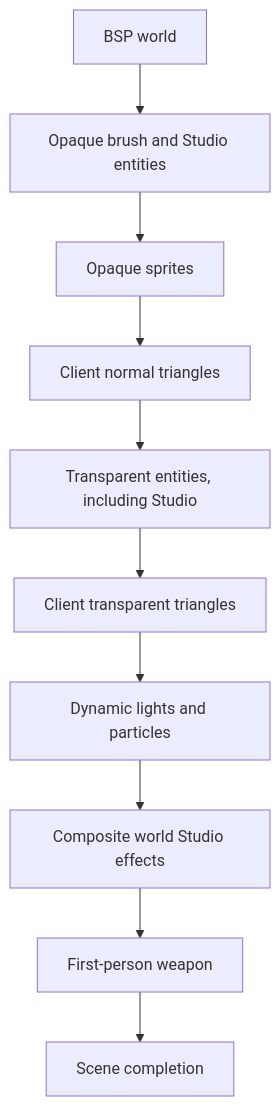
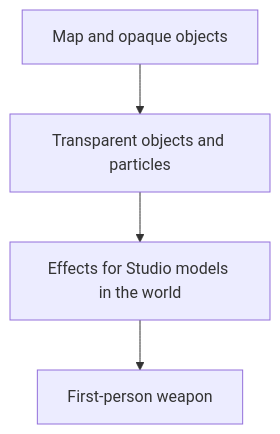
One commit to CS-NextClient/NextClient changed the second of 2 diagrams in docs/renderer-architecture.md. Above: the diagram before and after it, drawn with Mermaid. The commit also changed other lines of this file and 83 other files, not shown here.

Commit message:
reorganize architecture and developer documentation

````diff
--- a/docs/renderer-architecture.md
+++ b/docs/renderer-architecture.md
@@ -15,12 +35,11 @@
 ```mermaid
 flowchart TD
-    World["BSP world"] --> Opaque["Opaque brush and Studio entities"]
-    Opaque --> Sprites["Opaque sprites"]
-    Sprites --> Normal["Client normal triangles"]
-    Normal --> Transparent["Transparent entities, including Studio"]
-    Transparent --> Triangles["Client transparent triangles"]
-    Triangles --> Particles["Dynamic lights and particles"]
-    Particles --> Effects["Composite world Studio effects"]
-    Effects --> Weapon["First-person weapon"]
-    Weapon --> Finish["Scene completion"]
+    Opaque["Map and opaque objects"]
+    Transparent["Transparent objects and particles"]
+    Effects["Effects for Studio models in the world"]
+    Weapon["First-person weapon"]
+
+    Opaque --> Transparent
+    Transparent --> Effects
+    Effects --> Weapon
 ```
````
